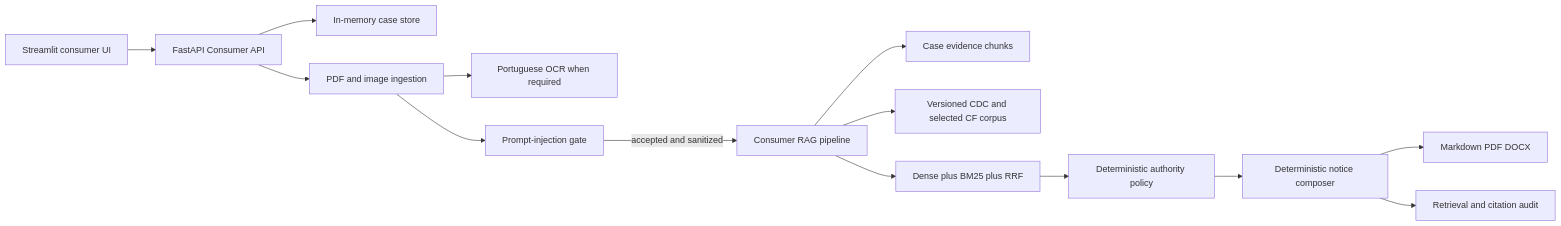
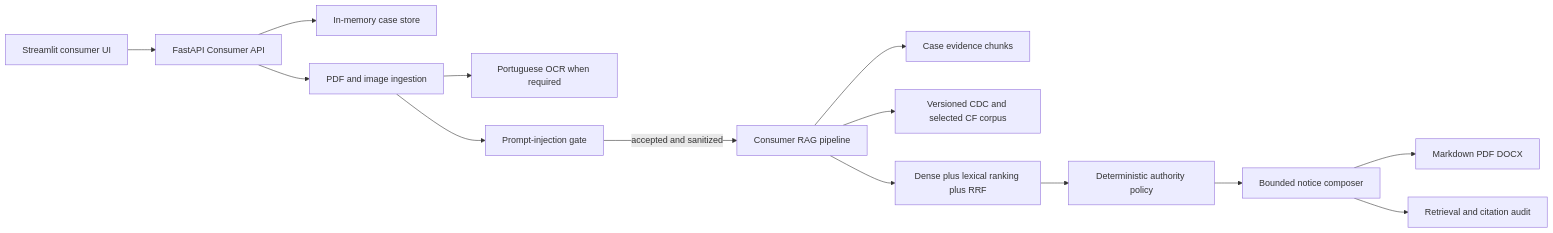
The diagram in docs/architecture.md (el-gabri/give-exit), drawn with Mermaid before and after one commit. The commit also changed other lines of this file and 28 other files, not shown here.

Commit message:
feat(rag): add resumable embedding generations and safe lexical fallback

````diff
--- a/docs/architecture.md
+++ b/docs/architecture.md
@@ -12,16 +12,16 @@
 ```mermaid
 flowchart LR
     UI[Streamlit consumer UI] --> API[FastAPI Consumer API]
     API --> CASE[In-memory case store]
     API --> ING[PDF and image ingestion]
     ING --> OCR[Portuguese OCR when required]
     ING --> SEC[Prompt-injection gate]
     SEC -->|accepted and sanitized| RAG[Consumer RAG pipeline]
     RAG --> EVID[Case evidence chunks]
     RAG --> LAW[Versioned CDC and selected CF corpus]
-    RAG --> HYB[Dense plus BM25 plus RRF]
+    RAG --> HYB[Dense plus lexical ranking plus RRF]
     HYB --> POLICY[Deterministic authority policy]
-    POLICY --> NOTICE[Deterministic notice composer]
+    POLICY --> NOTICE[Bounded notice composer]
     NOTICE --> EXPORT[Markdown PDF DOCX]
     NOTICE --> AUDIT[Retrieval and citation audit]
 ```
````
